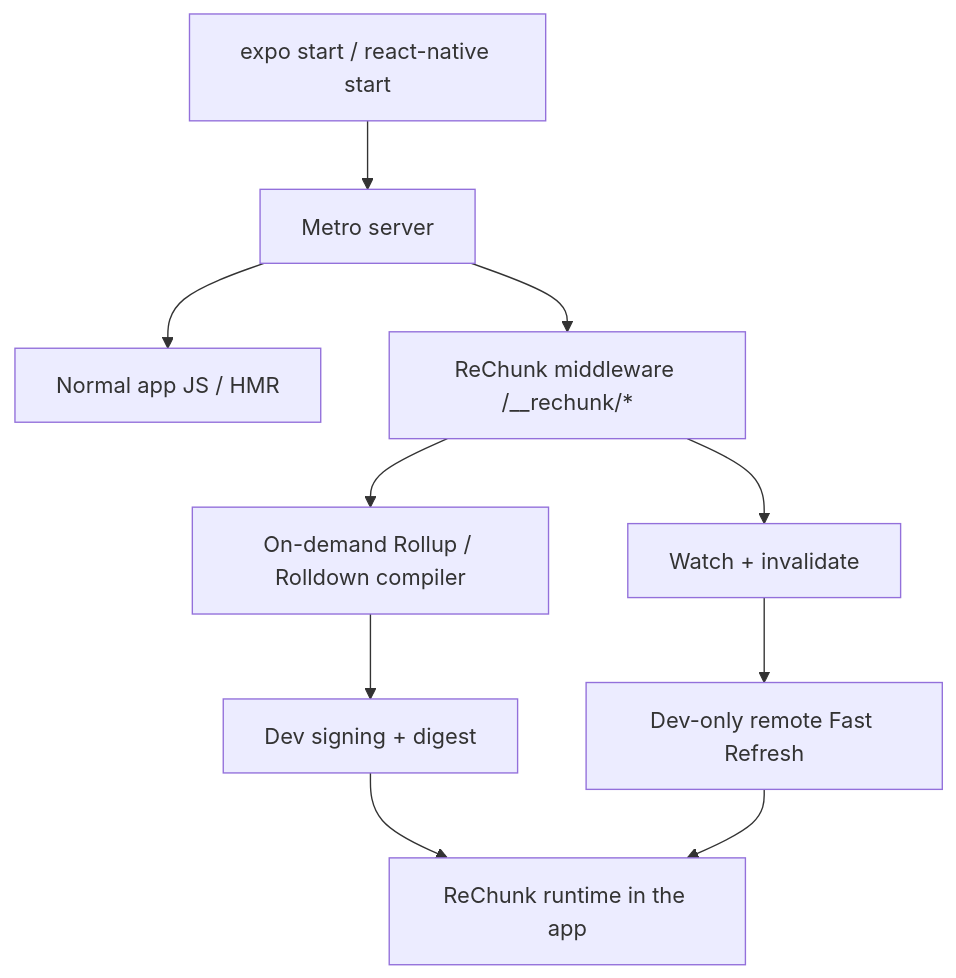
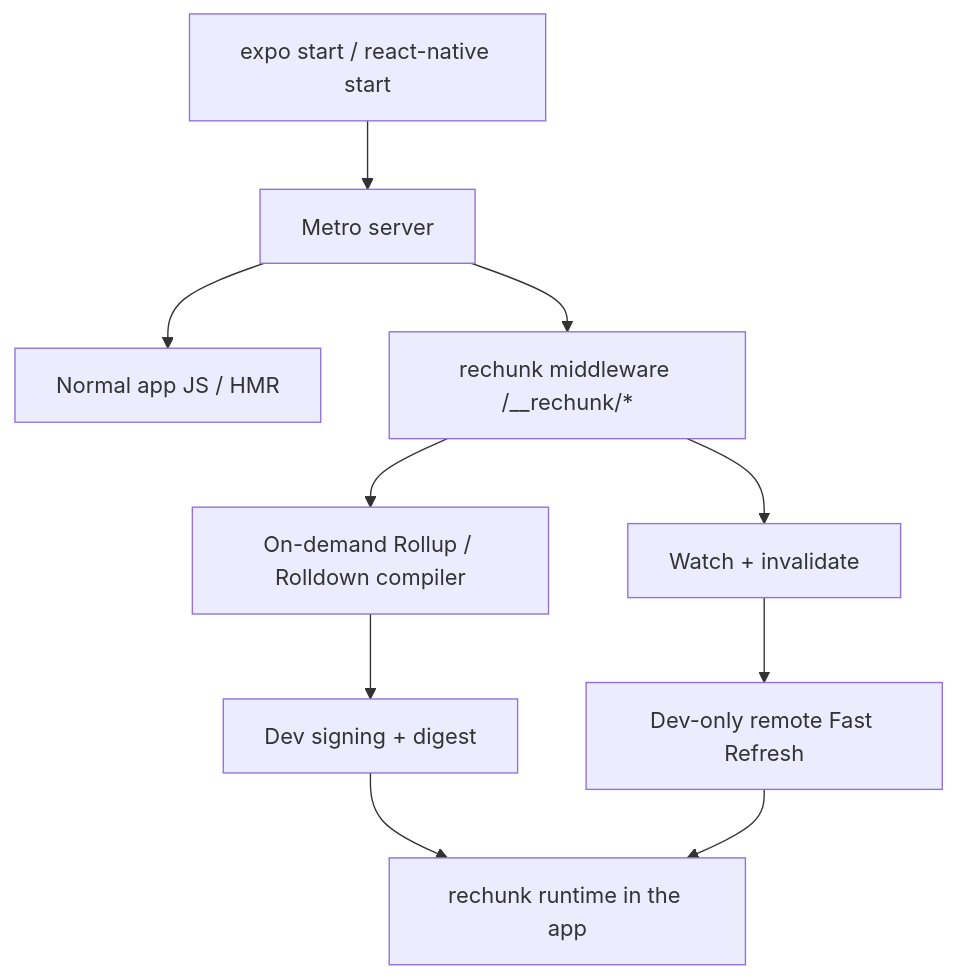
The diagram in README.md (crherman7/rechunk), drawn with Mermaid before and after one commit. The commit also changed other lines of this file and 6 other files, not shown here.

````diff
--- a/README.md
+++ b/README.md
@@ -81,12 +81,12 @@
 ```mermaid
 flowchart TD
   CLI["expo start / react-native start"] --> METRO["Metro server"]
   METRO --> APP["Normal app JS / HMR"]
-  METRO --> MW["ReChunk middleware /__rechunk/*"]
+  METRO --> MW["rechunk middleware /__rechunk/*"]
   MW --> BUILD["On-demand Rollup / Rolldown compiler"]
   BUILD --> SIGN["Dev signing + digest"]
-  SIGN --> RT["ReChunk runtime in the app"]
+  SIGN --> RT["rechunk runtime in the app"]
   MW --> WATCH["Watch + invalidate"]
   WATCH --> REFRESH["Dev-only remote Fast Refresh"]
   REFRESH --> RT
 ```
````
